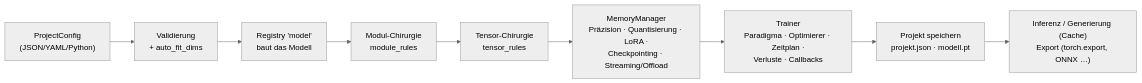
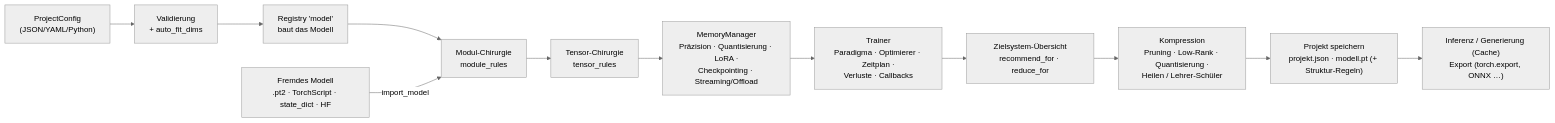
The first of 4 diagrams in docs/ARCHITEKTUR.md (tareckert/Ki-Baukasten), drawn with Mermaid (neutral theme) before and after one commit. The commit also changed other lines of this file and 24 other files, not shown here.

````diff
--- a/docs/ARCHITEKTUR.md
+++ b/docs/ARCHITEKTUR.md
@@ -11,11 +11,14 @@
 ```mermaid
 flowchart LR
   A["ProjectConfig<br/>(JSON/YAML/Python)"] --> B["Validierung<br/>+ auto_fit_dims"]
   B --> C["Registry 'model'<br/>baut das Modell"]
   C --> D["Modul-Chirurgie<br/>module_rules"]
   D --> E["Tensor-Chirurgie<br/>tensor_rules"]
   E --> F["MemoryManager<br/>Präzision · Quantisierung · LoRA ·<br/>Checkpointing · Streaming/Offload"]
   F --> G["Trainer<br/>Paradigma · Optimierer · Zeitplan ·<br/>Verluste · Callbacks"]
-  G --> H["Projekt speichern<br/>projekt.json · modell.pt"]
+  G --> R["Zielsystem-Übersicht<br/>recommend_for · reduce_for"]
+  R --> K["Kompression<br/>Pruning · Low-Rank · Quantisierung ·<br/>Heilen / Lehrer-Schüler"]
+  K --> H["Projekt speichern<br/>projekt.json · modell.pt (+ Struktur-Regeln)"]
   H --> I["Inferenz / Generierung (Cache)<br/>Export (torch.export, ONNX …)"]
+  X["Fremdes Modell<br/>.pt2 · TorchScript · state_dict · HF"] -->|import_model| D
 ```
````
